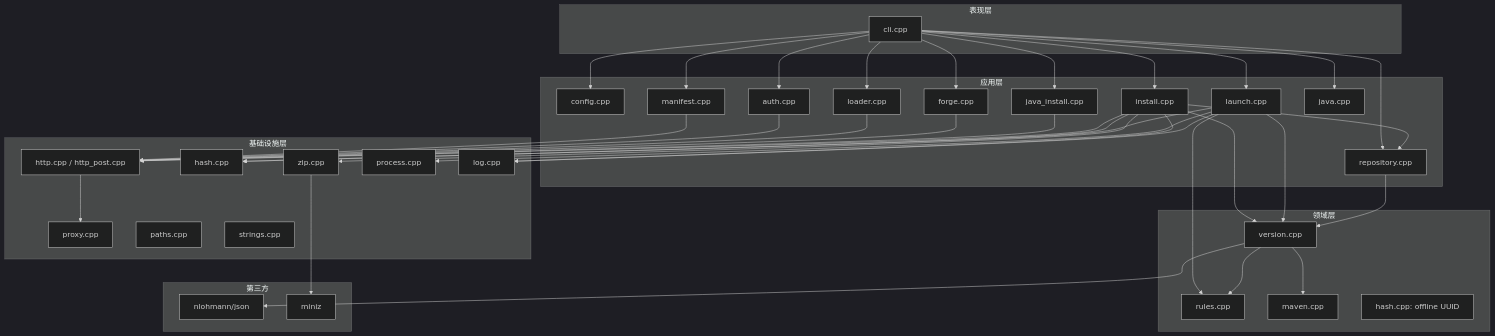
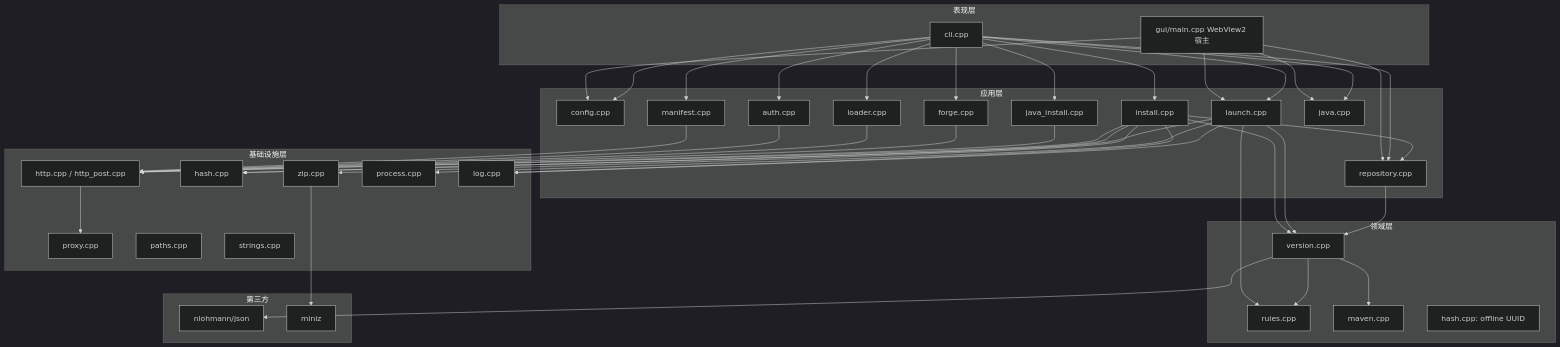
Before and after one commit to yyfdfsyyf-source/AuroraLauncher: the second of 7 diagrams in ARCHITECTURE.md, drawn with Mermaid (dark theme). The commit also changed other lines of this file and 49 other files, not shown here.

Commit message:
feat: add WebView2 desktop UI, PCL interop, modpacks and CurseForge

````diff
--- a/ARCHITECTURE.md
+++ b/ARCHITECTURE.md
@@ -62,71 +62,76 @@
 ```mermaid
 flowchart TB
     subgraph Presentation[表现层]
         CLI[cli.cpp]
+        GUI[gui/main.cpp WebView2 宿主]
     end
     subgraph Application[应用层]
         Config[config.cpp]
         Install[install.cpp]
         Launch[launch.cpp]
         Repo[repository.cpp]
         Manifest[manifest.cpp]
         Auth[auth.cpp]
         Loader[loader.cpp]
         Forge[forge.cpp]
         JavaInstall[java_install.cpp]
         Java[java.cpp]
     end
     subgraph Domain[领域层]
         Version[version.cpp]
         Rules[rules.cpp]
         Maven[maven.cpp]
         Account[hash.cpp: offline UUID]
     end
     subgraph Infrastructure[基础设施层]
         Http[http.cpp / http_post.cpp]
         Proxy[proxy.cpp]
         Hash[hash.cpp]
         Zip[zip.cpp]
         Process[process.cpp]
         Paths[paths.cpp]
         Strings[strings.cpp]
         Log[log.cpp]
     end
     subgraph ThirdParty[第三方]
         JSON[nlohmann/json]
         Miniz[miniz]
     end
 
+    GUI --> Repo
+    GUI --> Launch
+    GUI --> Config
+    GUI --> Java
     CLI --> Config
     CLI --> Repo
     CLI --> Manifest
     CLI --> Auth
     CLI --> Loader
     CLI --> Forge
     CLI --> JavaInstall
     CLI --> Java
     CLI --> Install
     CLI --> Launch
     Manifest --> Http
     Auth --> Http
     Loader --> Http
     Forge --> Http
     JavaInstall --> Http
     Install --> Repo
     Install --> Version
     Install --> Http
     Install --> Hash
     Install --> Zip
     Launch --> Version
     Launch --> Rules
     Launch --> Hash
     Launch --> Process
     Repo --> Version
     Version --> Rules
     Version --> Maven
     Version --> JSON
     Http --> Proxy
     Zip --> Miniz
     Install --> Log
     Launch --> Log
 ```
````
